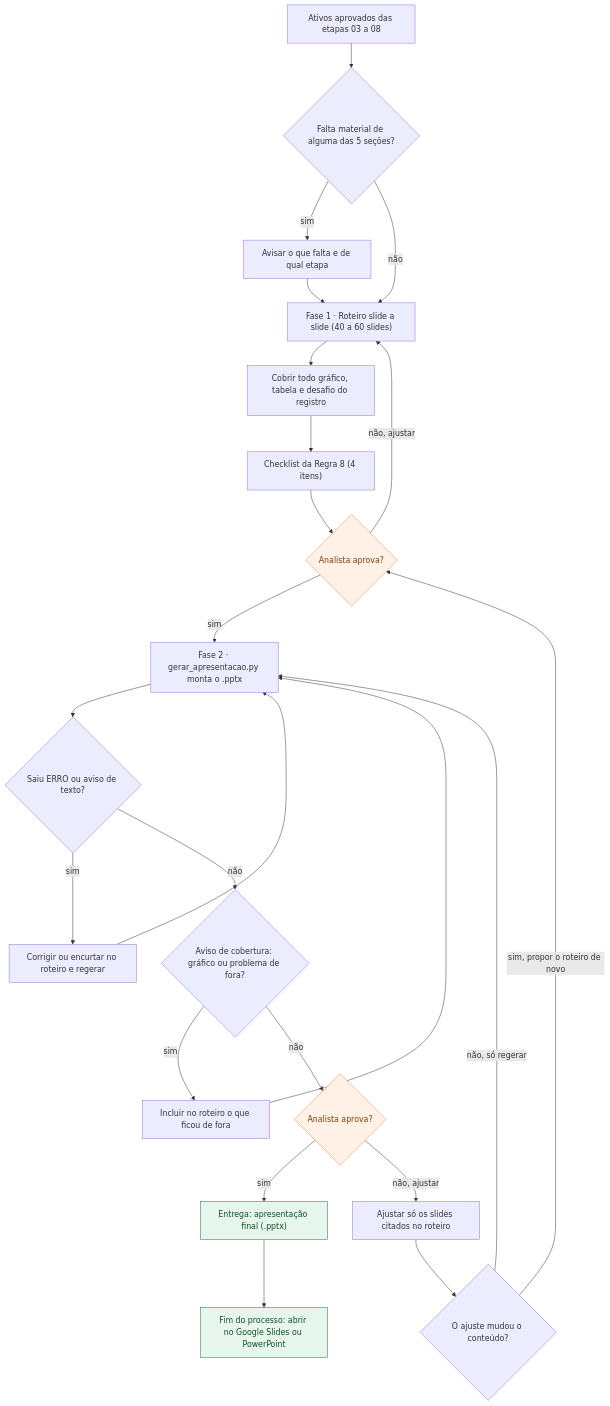
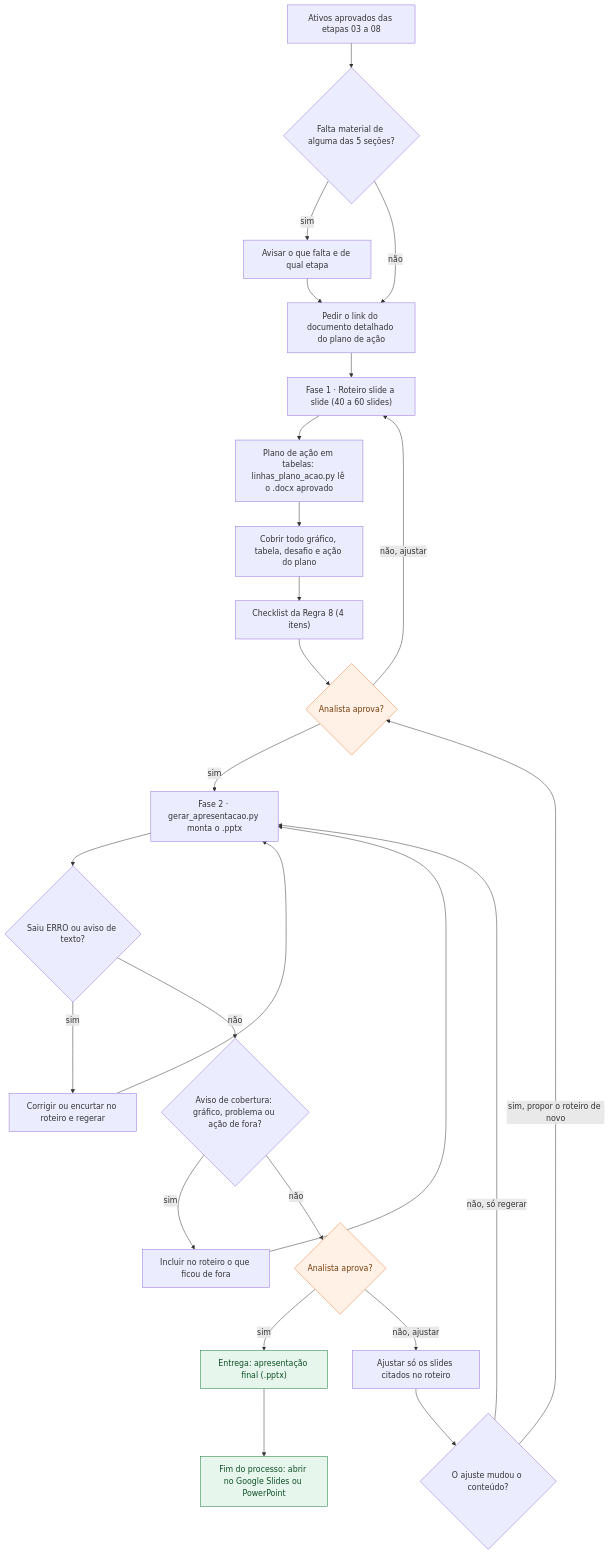
The diagram in .claude/skills/09-apresentacao-final/fluxo.mmd (MatheusBoomer/growth-cycle-boomer), drawn with Mermaid before and after one commit. The commit also changed 14 other files, not shown here.

First line of the commit message:
feat(apresentacao): plano de ação em tabelas nativas com link para o documento detalhado

```diff
--- a/.claude/skills/09-apresentacao-final/fluxo.mmd
+++ b/.claude/skills/09-apresentacao-final/fluxo.mmd
@@ -1,47 +1,51 @@
 flowchart TD
   I1["Ativos aprovados das etapas 03 a 08"]
   D1{"Falta material de alguma das 5 seções?"}
   P1["Avisar o que falta e de qual etapa"]
+  P0["Pedir o link do documento detalhado do plano de ação"]
   P2["Fase 1 · Roteiro slide a slide (40 a 60 slides)"]
-  P3["Cobrir todo gráfico, tabela e desafio do registro"]
+  P2B["Plano de ação em tabelas: linhas_plano_acao.py lê o .docx aprovado"]
+  P3["Cobrir todo gráfico, tabela, desafio e ação do plano"]
   P4["Checklist da Regra 8 (4 itens)"]
   C1{"Analista aprova?"}
   P5["Fase 2 · gerar_apresentacao.py monta o .pptx"]
   D2{"Saiu ERRO ou aviso de texto?"}
   P6["Corrigir ou encurtar no roteiro e regerar"]
-  D3{"Aviso de cobertura: gráfico ou problema de fora?"}
+  D3{"Aviso de cobertura: gráfico, problema ou ação de fora?"}
   P8["Incluir no roteiro o que ficou de fora"]
   C2{"Analista aprova?"}
   P7["Ajustar só os slides citados no roteiro"]
   D4{"O ajuste mudou o conteúdo?"}
   E1["Entrega: apresentação final (.pptx)"]
   FIM["Fim do processo: abrir no Google Slides ou PowerPoint"]
 
   I1 --> D1
   D1 -->|"sim"| P1
-  D1 -->|"não"| P2
-  P1 --> P2
-  P2 --> P3
+  D1 -->|"não"| P0
+  P1 --> P0
+  P0 --> P2
+  P2 --> P2B
+  P2B --> P3
   P3 --> P4
   P4 --> C1
   C1 -->|"sim"| P5
   C1 -->|"não, ajustar"| P2
   P5 --> D2
   D2 -->|"sim"| P6
   P6 --> P5
   D2 -->|"não"| D3
   D3 -->|"sim"| P8
   P8 --> P5
   D3 -->|"não"| C2
   C2 -->|"sim"| E1
   C2 -->|"não, ajustar"| P7
   P7 --> D4
   D4 -->|"sim, propor o roteiro de novo"| C1
   D4 -->|"não, só regerar"| P5
   E1 --> FIM
 
   class C1,C2 checkpoint
   class E1,FIM entrega
   classDef checkpoint fill:#fff1e6,stroke:#e8803a,color:#7a3d0c
   classDef subagente fill:#e8f0fd,stroke:#1f4fa8,color:#173a7a
   classDef entrega fill:#e6f6ec,stroke:#16743b,color:#0f4f28
```
